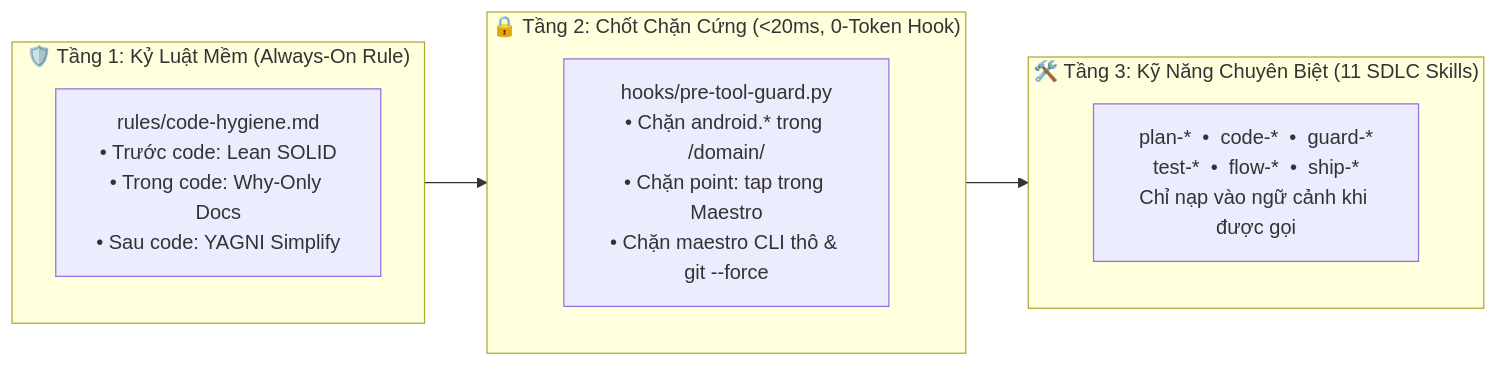
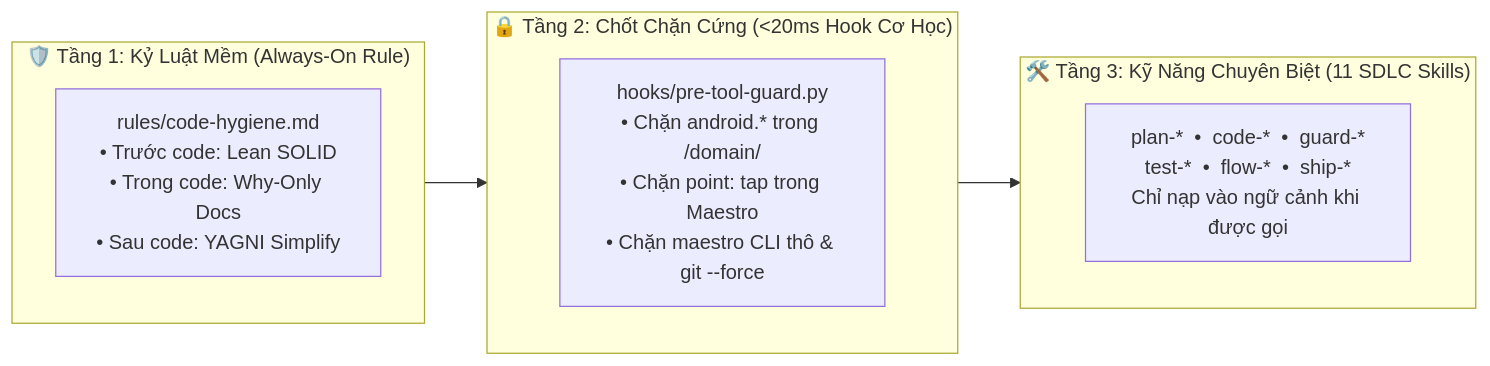
The first of 4 diagrams in README_VI.md (yukido0205/android-agentic-sdlc), drawn with Mermaid before and after one commit. The commit also changed other lines of this file and 13 other files, not shown here.

````diff
--- a/README_VI.md
+++ b/README_VI.md
@@ -38,16 +38,16 @@
 ```mermaid
 flowchart LR
     subgraph L1["🛡️ Tầng 1: Kỷ Luật Mềm (Always-On Rule)"]
         R["rules/code-hygiene.md<br/>• Trước code: Lean SOLID<br/>• Trong code: Why-Only Docs<br/>• Sau code: YAGNI Simplify"]
     end
 
-    subgraph L2["🔒 Tầng 2: Chốt Chặn Cứng (<20ms, 0-Token Hook)"]
+    subgraph L2["🔒 Tầng 2: Chốt Chặn Cứng (<20ms Hook Cơ Học)"]
         H["hooks/pre-tool-guard.py<br/>• Chặn android.* trong /domain/<br/>• Chặn point: tap trong Maestro<br/>• Chặn maestro CLI thô & git --force"]
     end
 
     subgraph L3["🛠️ Tầng 3: Kỹ Năng Chuyên Biệt (11 SDLC Skills)"]
         S["plan-*  •  code-*  •  guard-*<br/>test-*  •  flow-*  •  ship-*<br/>Chỉ nạp vào ngữ cảnh khi được gọi"]
     end
 
     L1 --> L2 --> L3
 ```
````
